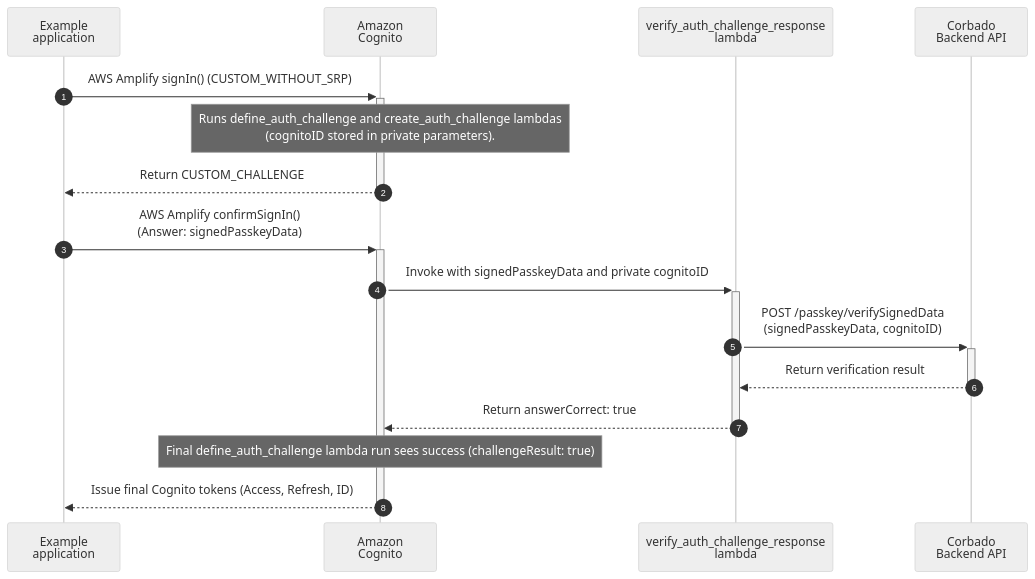
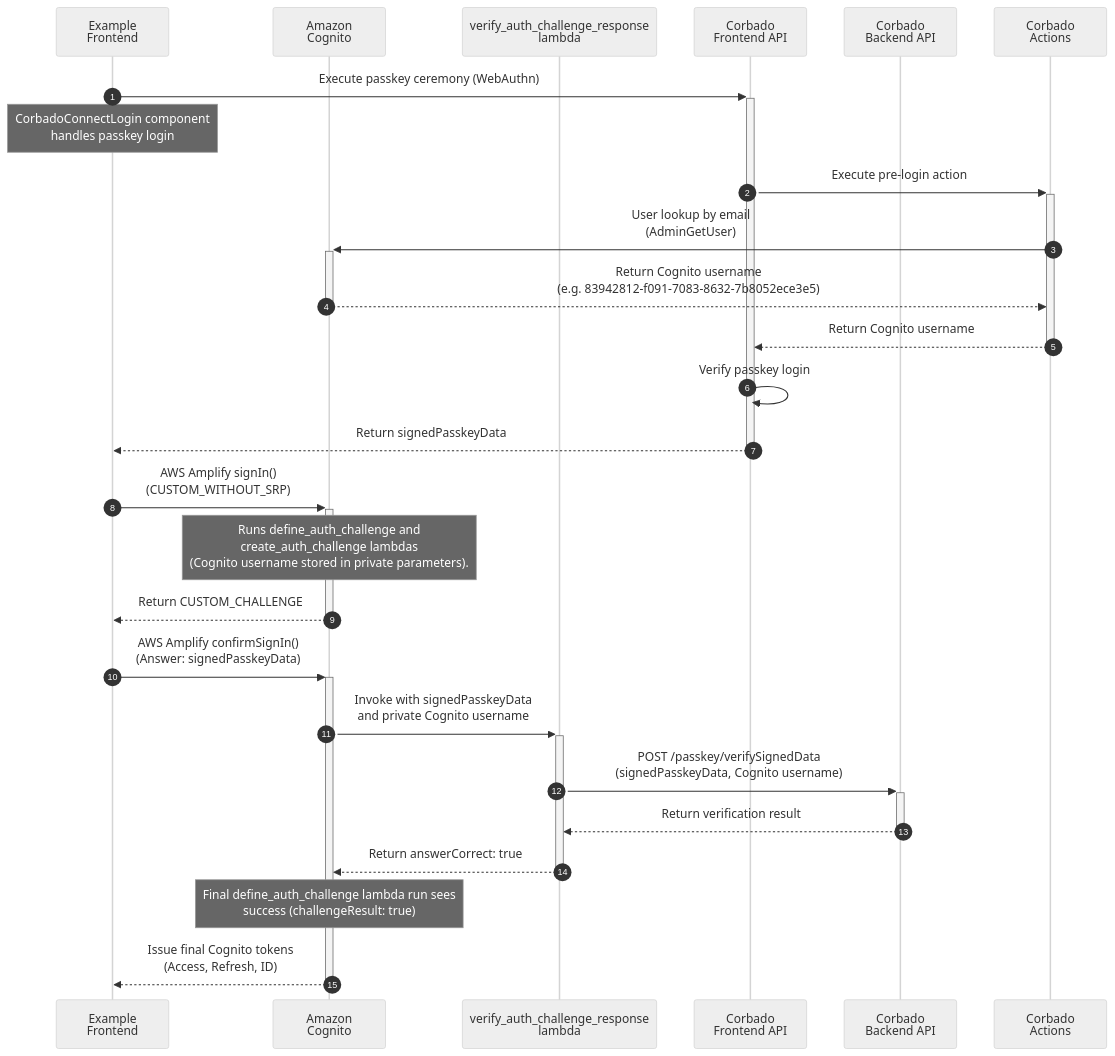
The second of 2 diagrams in corbado-connect/integration/cognito.mdx (corbadotech/docs), drawn with Mermaid (neutral theme) before and after one commit. The commit also changed other lines of this file, not shown here.

Commit message:
Optimized sequence chart of user login and user sign-up

````diff
--- a/corbado-connect/integration/cognito.mdx
+++ b/corbado-connect/integration/cognito.mdx
@@ -313,21 +304,32 @@
 ```mermaid
 sequenceDiagram
     autonumber
-    participant Client as Example<br />application
+    participant ExampleFrontend as Example<br />Frontend
     participant Cognito as Amazon<br />Cognito
     participant Lambda as verify_auth_challenge_response<br />lambda
+    participant FAPI as Corbado<br />Frontend API
     participant BAPI as Corbado<br />Backend API
+    participant Actions as Corbado<br />Actions
 
-    Client->>+Cognito: AWS Amplify signIn() (CUSTOM_WITHOUT_SRP)
-    Note over Cognito: Runs define_auth_challenge and create_auth_challenge lambdas<br/>(cognitoID stored in private parameters).
-    Cognito-->>-Client: Return CUSTOM_CHALLENGE
+    ExampleFrontend->>+FAPI: Execute passkey ceremony (WebAuthn)
+    Note over ExampleFrontend: CorbadoConnectLogin component<br />handles passkey login
+    FAPI->>+Actions: Execute pre-login action
+    Actions->>+Cognito: User lookup by email<br />(AdminGetUser)
+    Cognito-->>-Actions: Return Cognito username<br />(e.g. 83942812-f091-7083-8632-7b8052ece3e5)
+    Actions-->>-FAPI: Return Cognito username
+    FAPI->>FAPI: Verify passkey login
+    FAPI-->>-ExampleFrontend: Return signedPasskeyData
 
-    Client->>+Cognito: AWS Amplify confirmSignIn()<br/>(Answer: signedPasskeyData)
-    Cognito->>+Lambda: Invoke with signedPasskeyData and private cognitoID
-    Lambda->>+BAPI: POST /passkey/verifySignedData<br/>(signedPasskeyData, cognitoID)
+    ExampleFrontend->>+Cognito: AWS Amplify signIn()<br/>(CUSTOM_WITHOUT_SRP)
+    Note over Cognito: Runs define_auth_challenge and<br/>create_auth_challenge lambdas<br/>(Cognito username stored in private parameters).
+    Cognito-->>-ExampleFrontend: Return CUSTOM_CHALLENGE
+
+    ExampleFrontend->>+Cognito: AWS Amplify confirmSignIn()<br/>(Answer: signedPasskeyData)
+    Cognito->>+Lambda: Invoke with signedPasskeyData<br/>and private Cognito username
+    Lambda->>+BAPI: POST /passkey/verifySignedData<br/>(signedPasskeyData, Cognito username)
 
     BAPI-->>-Lambda: Return verification result
     Lambda-->>-Cognito: Return answerCorrect: true
-    Note over Cognito: Final define_auth_challenge lambda run sees success (challengeResult: true)
-    Cognito-->>-Client: Issue final Cognito tokens (Access, Refresh, ID)
+    Note over Cognito: Final define_auth_challenge lambda run sees<br/>success (challengeResult: true)
+    Cognito-->>-ExampleFrontend: Issue final Cognito tokens<br/>(Access, Refresh, ID)
 ```
````
